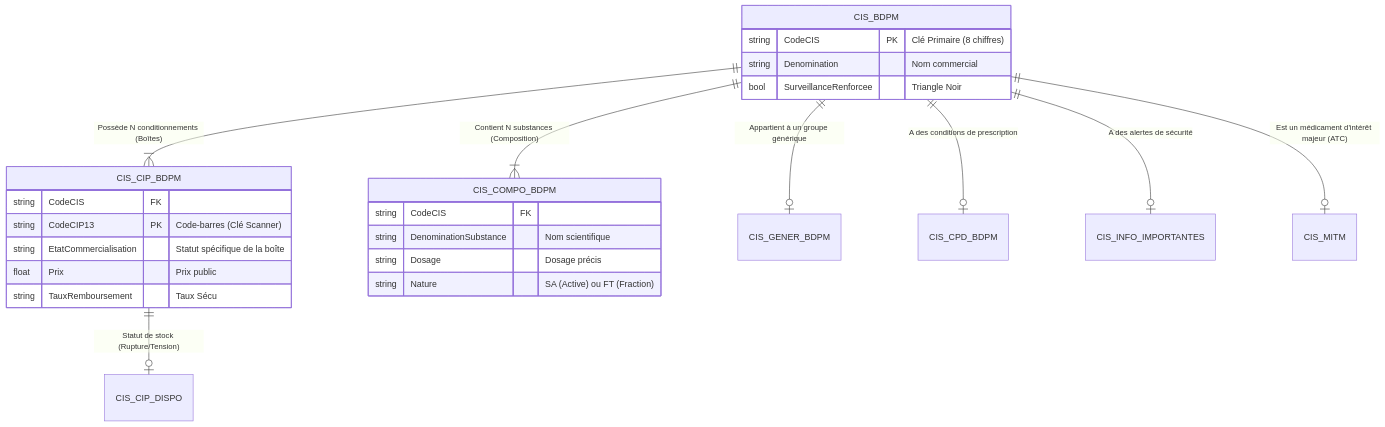
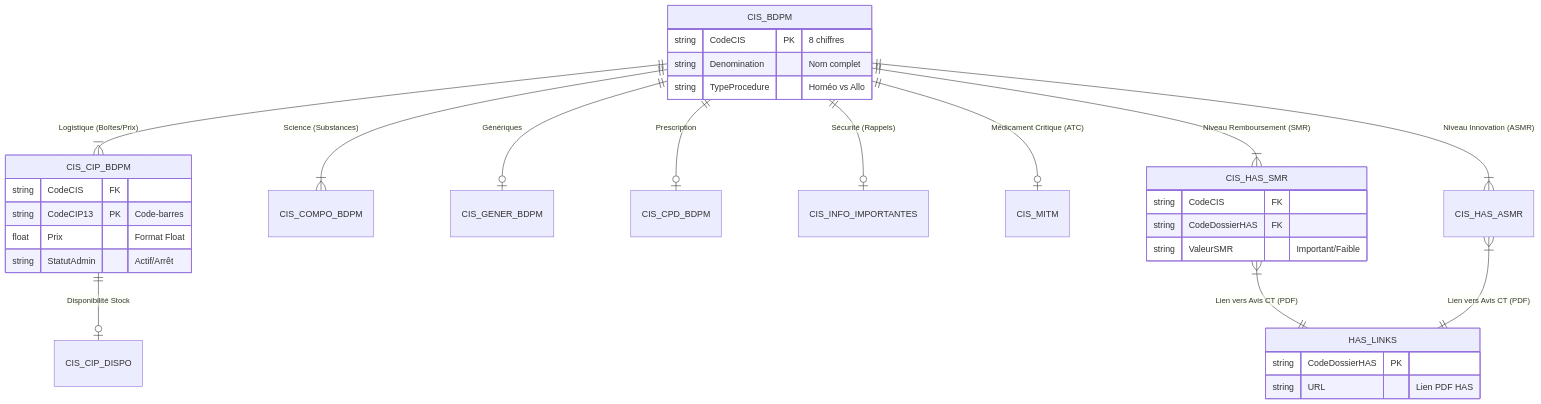
Before and after one commit to Git-Fg/pharma_scan: the diagram in docs/bdpm.md, drawn with Mermaid. The commit also changed other lines of this file and 49 other files, not shown here.

````diff
--- a/docs/bdpm.md
+++ b/docs/bdpm.md
@@ -17,29 +17,35 @@
 ```mermaid
 erDiagram
-    CIS_BDPM ||--|{ CIS_CIP_BDPM : "Possède N conditionnements (Boîtes)"
-    CIS_BDPM ||--|{ CIS_COMPO_BDPM : "Contient N substances (Composition)"
-    CIS_BDPM ||--o| CIS_GENER_BDPM : "Appartient à un groupe générique"
-    CIS_BDPM ||--o| CIS_CPD_BDPM : "A des conditions de prescription"
-    CIS_BDPM ||--o| CIS_INFO_IMPORTANTES : "A des alertes de sécurité"
-    CIS_BDPM ||--o| CIS_MITM : "Est un médicament d'intérêt majeur (ATC)"
-    CIS_CIP_BDPM ||--o| CIS_CIP_DISPO : "Statut de stock (Rupture/Tension)"
+    CIS_BDPM ||--|{ CIS_CIP_BDPM : "Logistique (Boîtes/Prix)"
+    CIS_BDPM ||--|{ CIS_COMPO_BDPM : "Science (Substances)"
+    CIS_BDPM ||--o| CIS_GENER_BDPM : "Génériques"
+    CIS_BDPM ||--o| CIS_CPD_BDPM : "Prescription"
+    CIS_BDPM ||--o| CIS_INFO_IMPORTANTES : "Sécurité (Rappels)"
+    CIS_BDPM ||--o| CIS_MITM : "Médicament Critique (ATC)"
+    CIS_BDPM ||--|{ CIS_HAS_SMR : "Niveau Remboursement (SMR)"
+    CIS_BDPM ||--|{ CIS_HAS_ASMR : "Niveau Innovation (ASMR)"
+    CIS_CIP_BDPM ||--o| CIS_CIP_DISPO : "Disponibilité Stock"
+    CIS_HAS_SMR }|--|| HAS_LINKS : "Lien vers Avis CT (PDF)"
+    CIS_HAS_ASMR }|--|| HAS_LINKS : "Lien vers Avis CT (PDF)"
 
     CIS_BDPM {
-        string CodeCIS PK "Clé Primaire (8 chiffres)"
-        string Denomination "Nom commercial"
-        bool SurveillanceRenforcee "Triangle Noir"
+        string CodeCIS PK "8 chiffres"
+        string Denomination "Nom complet"
+        string TypeProcedure "Homéo vs Allo"
     }
     CIS_CIP_BDPM {
         string CodeCIS FK
-        string CodeCIP13 PK "Code-barres (Clé Scanner)"
-        string EtatCommercialisation "Statut spécifique de la boîte"
-        float Prix "Prix public"
-        string TauxRemboursement "Taux Sécu"
+        string CodeCIP13 PK "Code-barres"
+        float Prix "Format Float"
+        string StatutAdmin "Actif/Arrêt"
     }
-    CIS_COMPO_BDPM {
+    CIS_HAS_SMR {
         string CodeCIS FK
-        string DenominationSubstance "Nom scientifique"
-        string Dosage "Dosage précis"
-        string Nature "SA (Active) ou FT (Fraction)"
+        string CodeDossierHAS FK
+        string ValeurSMR "Important/Faible"
+    }
+    HAS_LINKS {
+        string CodeDossierHAS PK
+        string URL "Lien PDF HAS"
     }
 ```
````
